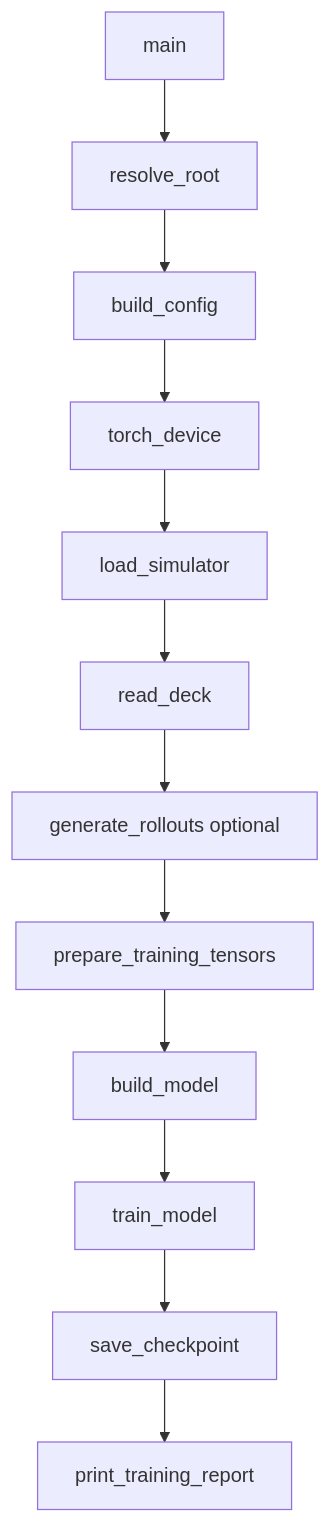
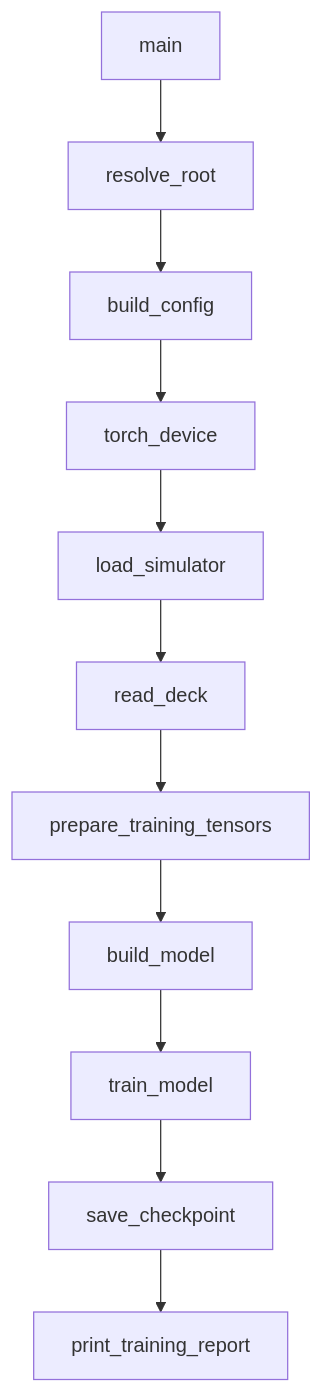
The seventh of 8 diagrams in docs/ARCHITECTURE.md (tim-inzitari/poke-bot-agent), drawn with Mermaid before and after one commit. The commit also changed other lines of this file and 23 other files, not shown here.

````diff
--- a/docs/ARCHITECTURE.md
+++ b/docs/ARCHITECTURE.md
@@ -485,14 +485,13 @@
 ```mermaid
 flowchart TD
     START[main] --> ROOT[resolve_root]
     ROOT --> CFG[build_config]
     CFG --> DEV[torch_device]
     DEV --> SIM[load_simulator]
     SIM --> DECK[read_deck]
-    DECK --> GEN[generate_rollouts optional]
-    GEN --> DATA[prepare_training_tensors]
+    DECK --> DATA[prepare_training_tensors]
     DATA --> MODEL[build_model]
     MODEL --> TRAIN[train_model]
     TRAIN --> SAVE[save_checkpoint]
     SAVE --> REPORT[print_training_report]
 ```
````
